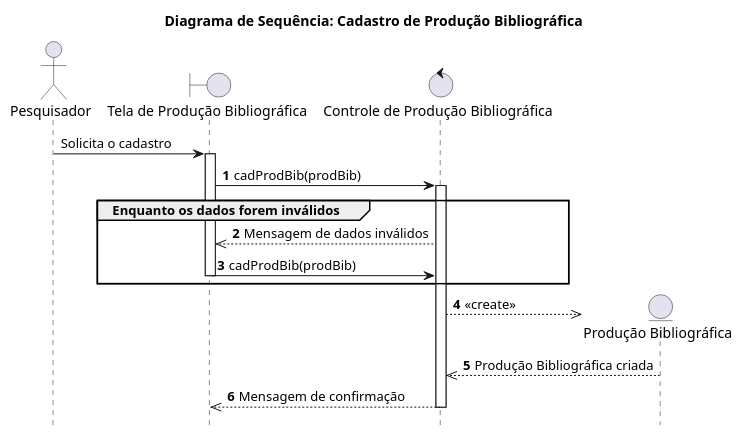
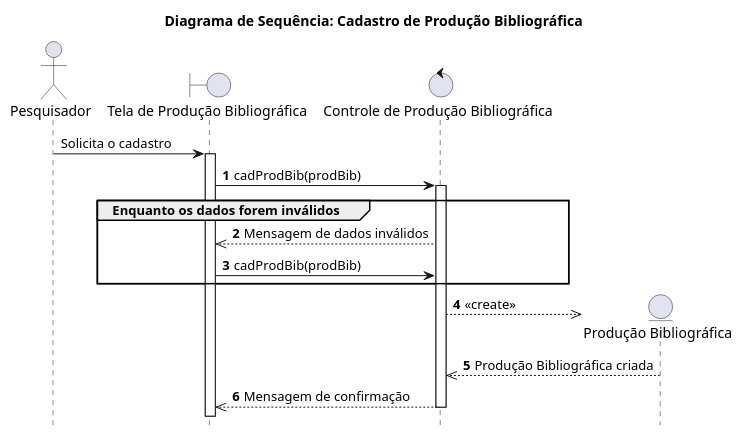
Before and after one commit to WellingtonFelipeLS/Lattes-Simplificado: the diagram in Diagramas/ProducaoBibliografica/cadastrarProducaBibliografica.wsd, drawn with PlantUML. The commit also changed 22 other files, not shown here.

Commit message:
Atualização dos diagrams

```diff
--- a/Diagramas/ProducaoBibliografica/cadastrarProducaBibliografica.wsd
+++ b/Diagramas/ProducaoBibliografica/cadastrarProducaBibliografica.wsd
@@ -1,24 +1,24 @@
 @startuml DiagramaCadastrarProducaoBibliografica
 title "Diagrama de Sequência: Cadastro de Produção Bibliográfica"
 hide footbox
 
 actor "Pesquisador" as Pesquisador
 boundary "Tela de Produção Bibliográfica" as UIProducaoBibliografica
 control "Controle de Produção Bibliográfica" as ControleProducaoBibliografica
 entity "Produção Bibliográfica" as ProducaoBibliografica
 
 Pesquisador -> UIProducaoBibliografica++: Solicita o cadastro
 
 autonumber
 UIProducaoBibliografica -> ControleProducaoBibliografica++: cadProdBib(prodBib)
 
 group Enquanto os dados forem inválidos
 ControleProducaoBibliografica -->> UIProducaoBibliografica: Mensagem de dados inválidos
-UIProducaoBibliografica -> ControleProducaoBibliografica --: cadProdBib(prodBib)
+UIProducaoBibliografica -> ControleProducaoBibliografica: cadProdBib(prodBib)
 end
 
 ControleProducaoBibliografica -->> ProducaoBibliografica **: <<create>>
 ProducaoBibliografica -->> ControleProducaoBibliografica: Produção Bibliográfica criada
 ControleProducaoBibliografica -->> UIProducaoBibliografica --: Mensagem de confirmação
-autonumber stop
+
 @enduml
```
